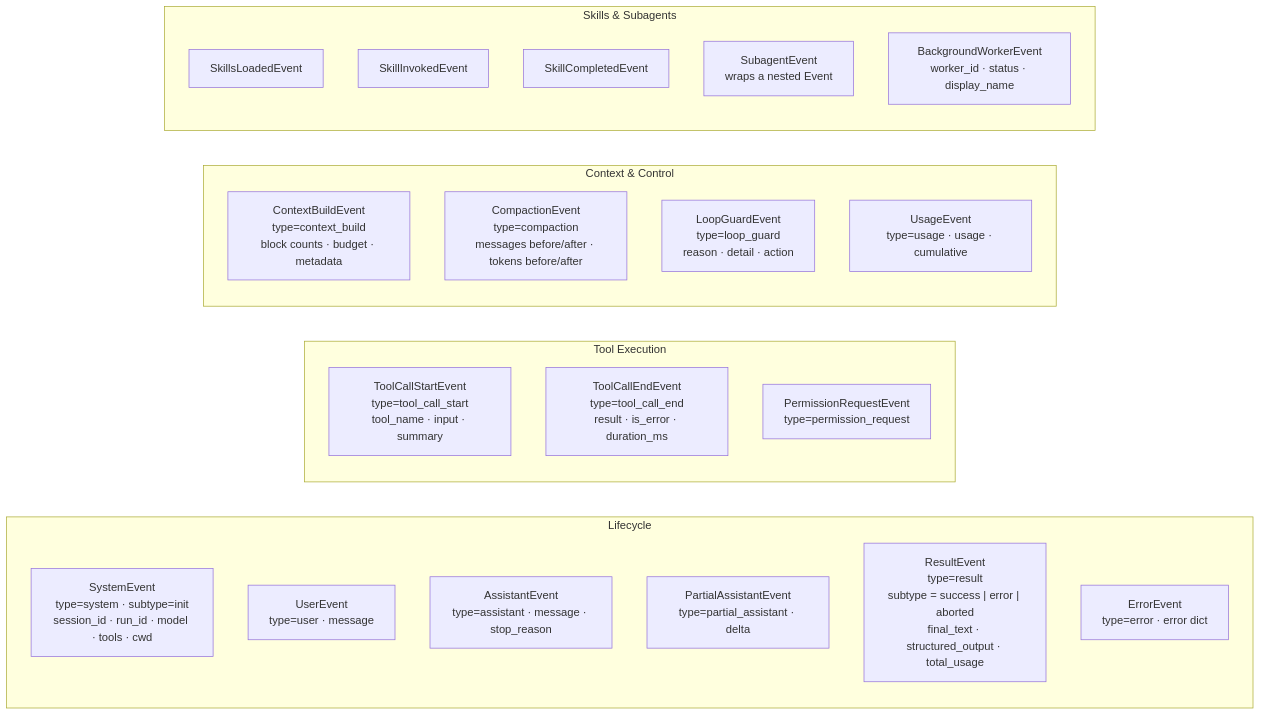
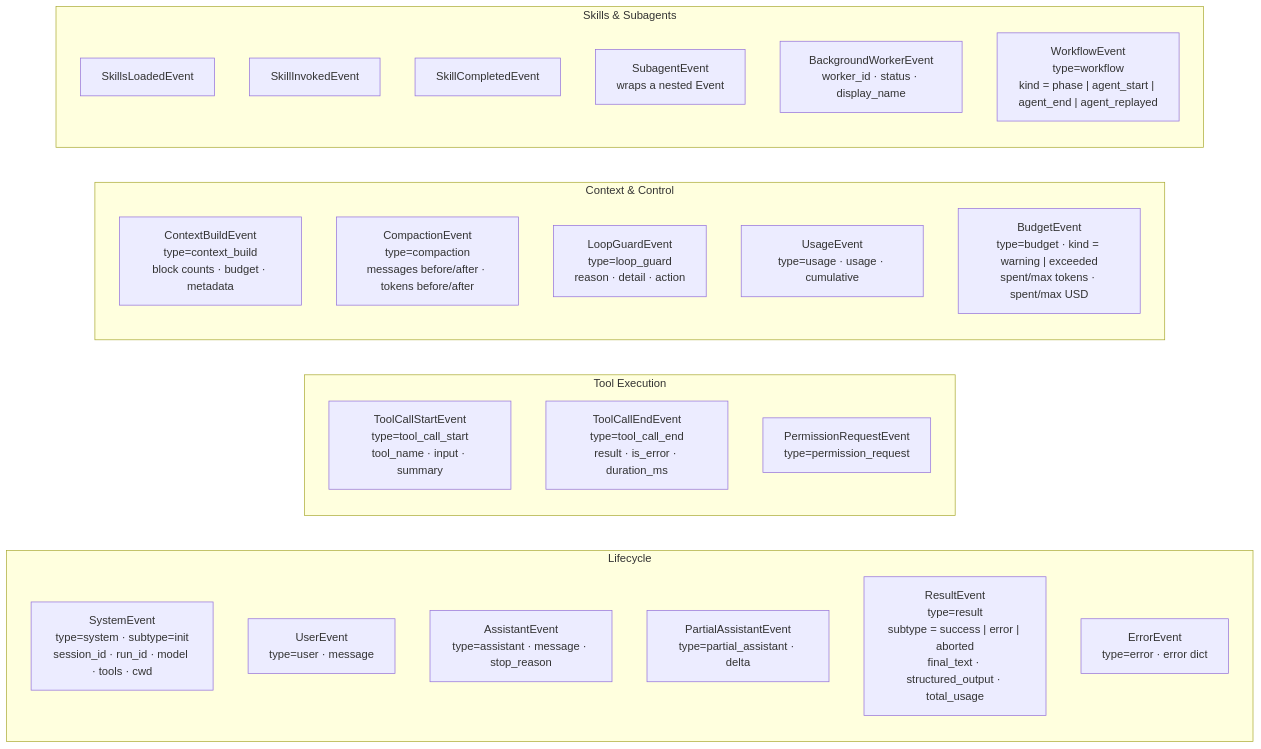
Before and after one commit to DuyTa506/linch: diagram 11 of 14 in docs/architecture.md, drawn with Mermaid. The commit also changed other lines of this file and 32 other files, not shown here.

Commit message:
Add budget, compaction, and workflow hardening

````diff
--- a/docs/architecture.md
+++ b/docs/architecture.md
@@ -528,36 +528,38 @@
 ```mermaid
 graph LR
     subgraph Life["Lifecycle"]
         direction TB
         SE["SystemEvent\ntype=system · subtype=init\nsession_id · run_id · model · tools · cwd"]
         UE["UserEvent\ntype=user · message"]
         AE["AssistantEvent\ntype=assistant · message · stop_reason"]
         PAE["PartialAssistantEvent\ntype=partial_assistant · delta"]
         RE["ResultEvent\ntype=result\nsubtype = success | error | aborted\nfinal_text · structured_output · total_usage"]
         ERR["ErrorEvent\ntype=error · error dict"]
     end
 
     subgraph Tools["Tool Execution"]
         direction TB
         TCS["ToolCallStartEvent\ntype=tool_call_start\ntool_name · input · summary"]
         TCE["ToolCallEndEvent\ntype=tool_call_end\nresult · is_error · duration_ms"]
         PRE["PermissionRequestEvent\ntype=permission_request"]
     end
 
     subgraph Ctx["Context & Control"]
         direction TB
         CBE["ContextBuildEvent\ntype=context_build\nblock counts · budget · metadata"]
         CE["CompactionEvent\ntype=compaction\nmessages before/after · tokens before/after"]
         LGE["LoopGuardEvent\ntype=loop_guard\nreason · detail · action"]
         UGE["UsageEvent\ntype=usage · usage · cumulative"]
+        BE["BudgetEvent\ntype=budget · kind = warning | exceeded\nspent/max tokens · spent/max USD"]
     end
 
     subgraph Skill["Skills & Subagents"]
         direction TB
         SLE["SkillsLoadedEvent"]
         SIE["SkillInvokedEvent"]
         SCE["SkillCompletedEvent"]
         SAE["SubagentEvent\nwraps a nested Event"]
         BWE["BackgroundWorkerEvent\nworker_id · status · display_name"]
+        WFE["WorkflowEvent\ntype=workflow\nkind = phase | agent_start | agent_end | agent_replayed"]
     end
 ```
````
